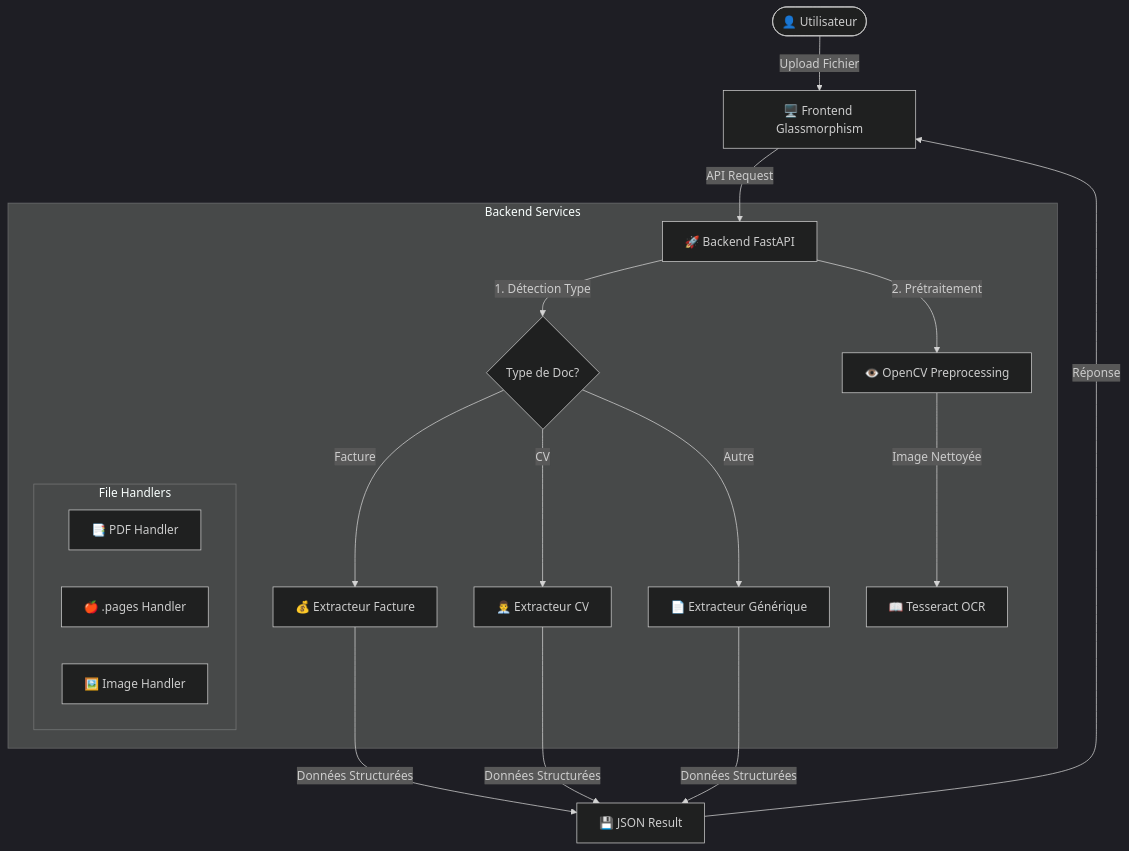
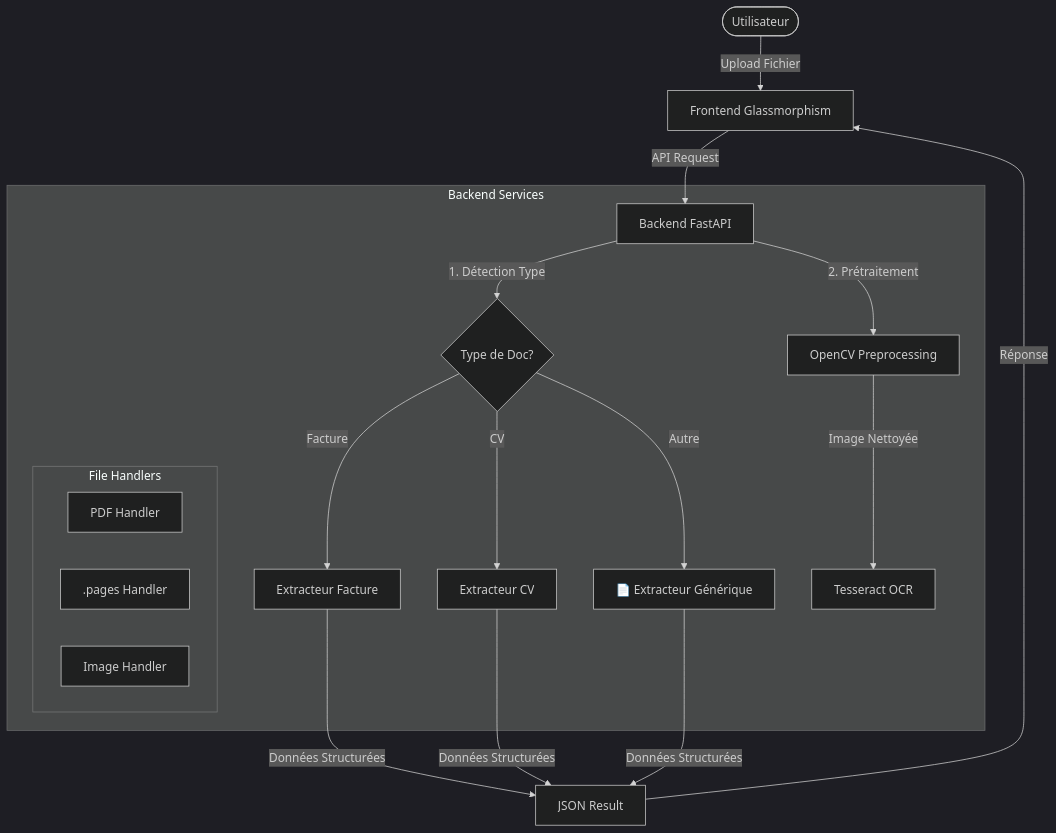
One commit to safaafaraji/Inteligent_OCR changed the first of 2 diagrams in README.md. Above: the diagram before and after it, drawn with Mermaid (dark theme). The commit also changed other lines of this file, not shown here.

Commit message:
Refactor README for formatting and clarity

````diff
--- a/README.md
+++ b/README.md
@@ -23,25 +23,25 @@
 ```mermaid
 graph TD
-    User([👤 Utilisateur]) -->|Upload Fichier| UI[🖥️ Frontend Glassmorphism]
-    UI -->|API Request| API[🚀 Backend FastAPI]
+    User([ Utilisateur]) -->|Upload Fichier| UI[Frontend Glassmorphism]
+    UI -->|API Request| API[ Backend FastAPI]
     
     subgraph Backend Services
         API -->|1. Détection Type| Router{Type de Doc?}
         
-        Router -->|Facture| InvoiceExt[💰 Extracteur Facture]
-        Router -->|CV| CVExt[👨‍💼 Extracteur CV]
+        Router -->|Facture| InvoiceExt[ Extracteur Facture]
+        Router -->|CV| CVExt[ Extracteur CV]
         Router -->|Autre| GenericExt[📄 Extracteur Générique]
         
-        API -->|2. Prétraitement| OpenCV[👁️ OpenCV Preprocessing]
-        OpenCV -->|Image Nettoyée| Tesseract[📖 Tesseract OCR]
+        API -->|2. Prétraitement| OpenCV[ OpenCV Preprocessing]
+        OpenCV -->|Image Nettoyée| Tesseract[ Tesseract OCR]
         
         subgraph File Handlers
-            PDFHandler[📑 PDF Handler]
-            PagesHandler[🍎 .pages Handler]
-            ImgHandler[🖼️ Image Handler]
+            PDFHandler[ PDF Handler]
+            PagesHandler[ .pages Handler]
+            ImgHandler[ Image Handler]
         end
     end
     
-    InvoiceExt & CVExt & GenericExt -->|Données Structurées| JSON[💾 JSON Result]
+    InvoiceExt & CVExt & GenericExt -->|Données Structurées| JSON[ JSON Result]
     JSON -->|Réponse| UI
 ```
````
